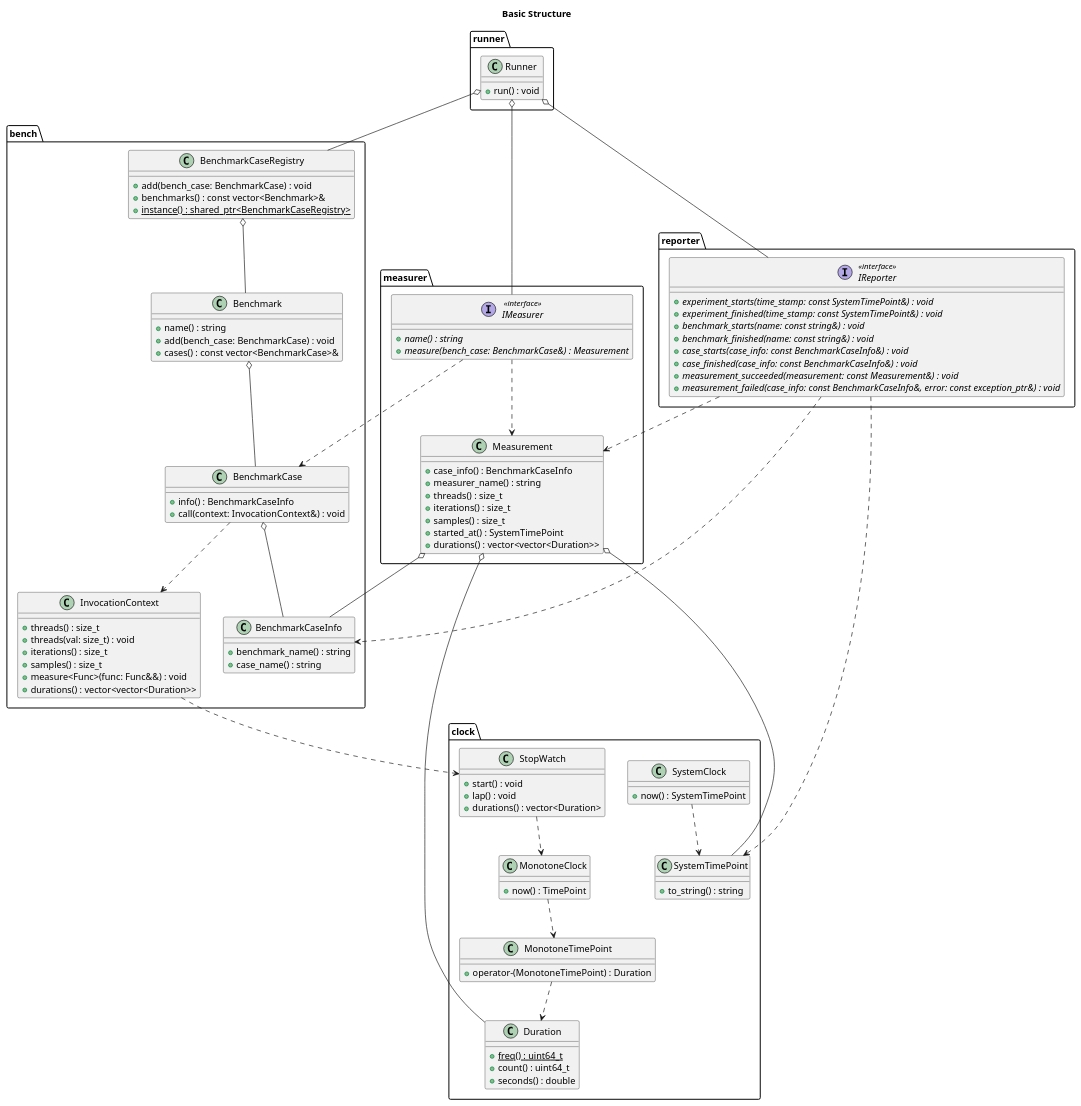
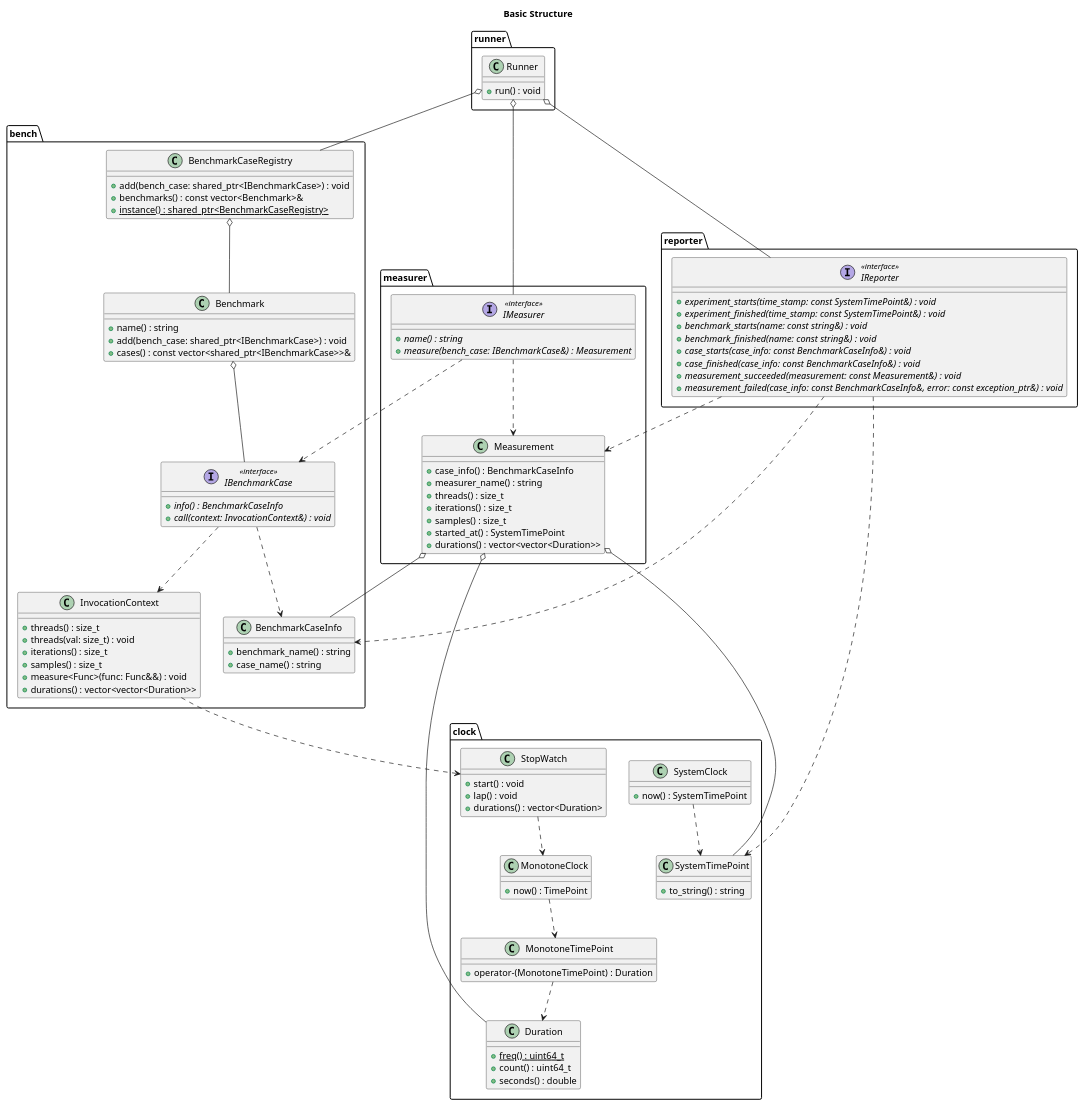
One commit to MusicScience37/cpp-stat-bench changed the diagram in doc/sphinx/src/basic_design/basic_structure.puml. Above: the diagram before and after it, drawn with PlantUML.

Commit message:
:books: Change structure.

```diff
--- a/doc/sphinx/src/basic_design/basic_structure.puml
+++ b/doc/sphinx/src/basic_design/basic_structure.puml
@@ -1,124 +1,124 @@
 @startuml basic_structure
 
 title Basic Structure
 
 package clock {
     class Duration {
         {static} + freq() : uint64_t
         + count() : uint64_t
         + seconds() : double
     }
 
     class MonotoneTimePoint {
         + operator-(MonotoneTimePoint) : Duration
     }
     MonotoneTimePoint ..> Duration
 
     class MonotoneClock {
         + now() : TimePoint
     }
     MonotoneClock ..> MonotoneTimePoint
 
     class StopWatch {
         + start() : void
         + lap() : void
         + durations() : vector<Duration>
     }
     StopWatch ..> MonotoneClock
 
     class SystemTimePoint {
         + to_string() : string
     }
 
     class SystemClock {
         + now() : SystemTimePoint
     }
     SystemClock ..> SystemTimePoint
 }
 
 package bench {
     class InvocationContext {
         + threads() : size_t
         + threads(val: size_t) : void
         + iterations() : size_t
         + samples() : size_t
         + measure<Func>(func: Func&&) : void
         + durations() : vector<vector<Duration>>
     }
     InvocationContext ..> StopWatch
 
     class BenchmarkCaseInfo {
         + benchmark_name() : string
         + case_name() : string
     }
 
-    class BenchmarkCase {
-        + info() : BenchmarkCaseInfo
-        + call(context: InvocationContext&) : void
+    interface IBenchmarkCase <<interface>> {
+        {abstract} + info() : BenchmarkCaseInfo
+        {abstract} + call(context: InvocationContext&) : void
     }
-    BenchmarkCase o-- BenchmarkCaseInfo
-    BenchmarkCase ..> InvocationContext
+    IBenchmarkCase ..> BenchmarkCaseInfo
+    IBenchmarkCase ..> InvocationContext
 
     class Benchmark {
         + name() : string
-        + add(bench_case: BenchmarkCase) : void
-        + cases() : const vector<BenchmarkCase>&
+        + add(bench_case: shared_ptr<IBenchmarkCase>) : void
+        + cases() : const vector<shared_ptr<IBenchmarkCase>>&
     }
-    Benchmark o-- BenchmarkCase
+    Benchmark o-- IBenchmarkCase
 
     class BenchmarkCaseRegistry {
-        + add(bench_case: BenchmarkCase) : void
+        + add(bench_case: shared_ptr<IBenchmarkCase>) : void
         + benchmarks() : const vector<Benchmark>&
         {static} + instance() : shared_ptr<BenchmarkCaseRegistry>
     }
     BenchmarkCaseRegistry o-- Benchmark
 }
 
 package measurer {
     class Measurement {
         + case_info() : BenchmarkCaseInfo
         + measurer_name() : string
         + threads() : size_t
         + iterations() : size_t
         + samples() : size_t
         + started_at() : SystemTimePoint
         + durations() : vector<vector<Duration>>
     }
     Measurement o-- BenchmarkCaseInfo
     Measurement o-- SystemTimePoint
     Measurement o-- Duration
 
     interface IMeasurer <<interface>> {
         {abstract} + name() : string
-        {abstract} + measure(bench_case: BenchmarkCase&) : Measurement
+        {abstract} + measure(bench_case: IBenchmarkCase&) : Measurement
     }
-    IMeasurer ..> BenchmarkCase
+    IMeasurer ..> IBenchmarkCase
     IMeasurer ..> Measurement
 }
 
 package reporter {
     interface IReporter <<interface>> {
         {abstract} + experiment_starts(time_stamp: const SystemTimePoint&) : void
         {abstract} + experiment_finished(time_stamp: const SystemTimePoint&) : void
         {abstract} + benchmark_starts(name: const string&) : void
         {abstract} + benchmark_finished(name: const string&) : void
         {abstract} + case_starts(case_info: const BenchmarkCaseInfo&) : void
         {abstract} + case_finished(case_info: const BenchmarkCaseInfo&) : void
         {abstract} + measurement_succeeded(measurement: const Measurement&) : void
         {abstract} + measurement_failed(case_info: const BenchmarkCaseInfo&, error: const exception_ptr&) : void
     }
     IReporter ..> SystemTimePoint
     IReporter ..> BenchmarkCaseInfo
     IReporter ..> Measurement
 }
 
 package runner {
     class Runner {
         + run() : void
     }
     Runner o-- IMeasurer
     Runner o-- BenchmarkCaseRegistry
     Runner o-- IReporter
 }
 
 @enduml
```
